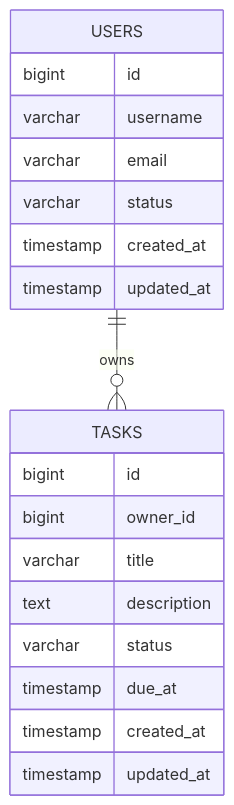
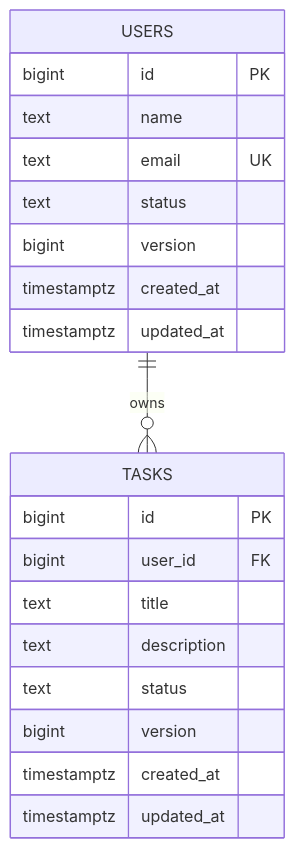
One commit to yokry-he/yok-study-web changed the second of 7 diagrams in docs/go/http-api-project-from-zero.md. Above: the diagram before and after it, drawn with Mermaid. The commit also changed other lines of this file and 277 other files, not shown here.

````diff
--- a/docs/go/http-api-project-from-zero.md
+++ b/docs/go/http-api-project-from-zero.md
@@ -192,24 +145,23 @@
 ```mermaid
 erDiagram
   USERS ||--o{ TASKS : owns
-
   USERS {
-    bigint id
-    varchar username
-    varchar email
-    varchar status
-    timestamp created_at
-    timestamp updated_at
+    bigint id PK
+    text name
+    text email UK
+    text status
+    bigint version
+    timestamptz created_at
+    timestamptz updated_at
   }
-
   TASKS {
-    bigint id
-    bigint owner_id
-    varchar title
+    bigint id PK
+    bigint user_id FK
+    text title
     text description
-    varchar status
-    timestamp due_at
-    timestamp created_at
-    timestamp updated_at
+    text status
+    bigint version
+    timestamptz created_at
+    timestamptz updated_at
   }
 ```
````
